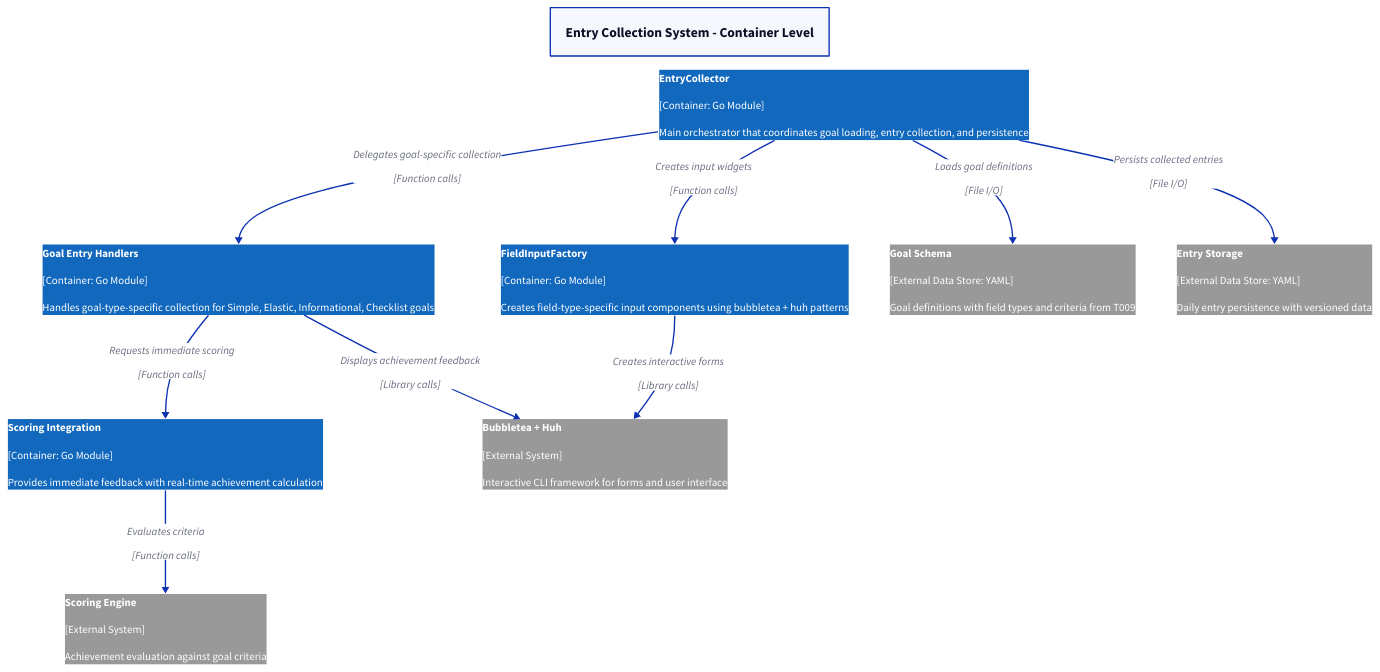
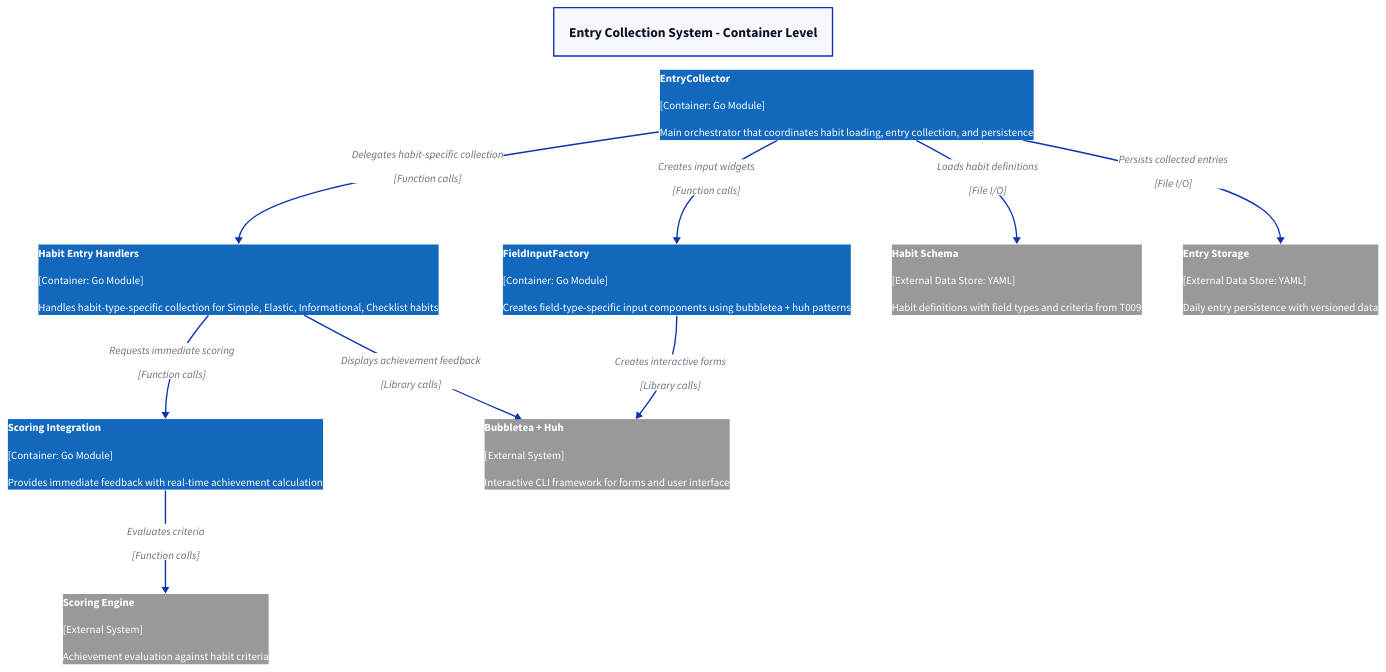
The diagram in doc/diagrams/entry_system_containers.d2 (davidlee/iter), drawn with D2 before and after one commit. The commit also changed 66 other files, not shown here.

First line of the commit message:
refactor(T025)[2.2]: complete goal→habit content replacement using perl batch operations

```diff
--- a/doc/diagrams/entry_system_containers.d2
+++ b/doc/diagrams/entry_system_containers.d2
@@ -1,154 +1,154 @@
 direction: down
 
 title: {
   label: Entry Collection System - Container Level
   near: top-center
   style.font-size: 20
   style.bold: true
 }
 
 entry_collector: {
   label: |md
     **EntryCollector**
     
     [Container: Go Module]
     
-    Main orchestrator that coordinates goal loading, entry collection, and persistence
+    Main orchestrator that coordinates habit loading, entry collection, and persistence
   |
   style.fill: "#1168bd"
   style.font-color: white
 }
 
 field_input_factory: {
   label: |md
     **FieldInputFactory**
     
     [Container: Go Module]
     
     Creates field-type-specific input components using bubbletea + huh patterns
   |
   style.fill: "#1168bd"
   style.font-color: white
 }
 
-goal_entry_handlers: {
+habit_entry_handlers: {
   label: |md
-    **Goal Entry Handlers**
+    **Habit Entry Handlers**
     
     [Container: Go Module]
     
-    Handles goal-type-specific collection for Simple, Elastic, Informational, Checklist goals
+    Handles habit-type-specific collection for Simple, Elastic, Informational, Checklist habits
   |
   style.fill: "#1168bd"
   style.font-color: white
 }
 
 scoring_integration: {
   label: |md
     **Scoring Integration**
     
     [Container: Go Module]
     
     Provides immediate feedback with real-time achievement calculation
   |
   style.fill: "#1168bd"
   style.font-color: white
 }
 
-goal_schema: {
+habit_schema: {
   label: |md
-    **Goal Schema**
+    **Habit Schema**
     
     [External Data Store: YAML]
     
-    Goal definitions with field types and criteria from T009
+    Habit definitions with field types and criteria from T009
   |
   shape: cylinder
   style.fill: "#999999"
   style.font-color: white
 }
 
 entry_storage: {
   label: |md
     **Entry Storage**
     
     [External Data Store: YAML]
     
     Daily entry persistence with versioned data
   |
   shape: cylinder
   style.fill: "#999999"
   style.font-color: white
 }
 
 scoring_engine: {
   label: |md
     **Scoring Engine**
     
     [External System]
     
-    Achievement evaluation against goal criteria
+    Achievement evaluation against habit criteria
   |
   style.fill: "#999999"
   style.font-color: white
 }
 
 bubbletea_huh: {
   label: |md
     **Bubbletea + Huh**
     
     [External System]
     
     Interactive CLI framework for forms and user interface
   |
   style.fill: "#999999"
   style.font-color: white
 }
 
 entry_collector -> field_input_factory: |md
   Creates input widgets
   
   [Function calls]
 |
 
-entry_collector -> goal_entry_handlers: |md
-  Delegates goal-specific collection
+entry_collector -> habit_entry_handlers: |md
+  Delegates habit-specific collection
   
   [Function calls]
 |
 
-goal_entry_handlers -> scoring_integration: |md
+habit_entry_handlers -> scoring_integration: |md
   Requests immediate scoring
   
   [Function calls]
 |
 
 scoring_integration -> scoring_engine: |md
   Evaluates criteria
   
   [Function calls]
 |
 
-entry_collector -> goal_schema: |md
-  Loads goal definitions
+entry_collector -> habit_schema: |md
+  Loads habit definitions
   
   [File I/O]
 |
 
 entry_collector -> entry_storage: |md
   Persists collected entries
   
   [File I/O]
 |
 
 field_input_factory -> bubbletea_huh: |md
   Creates interactive forms
   
   [Library calls]
 |
 
-goal_entry_handlers -> bubbletea_huh: |md
+habit_entry_handlers -> bubbletea_huh: |md
   Displays achievement feedback
   
   [Library calls]
 |
```
